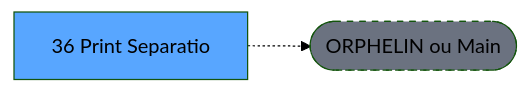
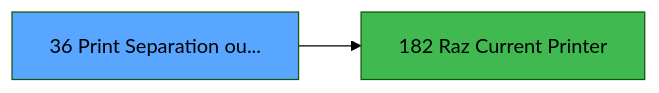
The third of 3 diagrams in .openspec/specs/ADH-IDE-36.md (thonyAGP/magic-migration), drawn with Mermaid (forest theme) before and after one commit. The commit also changed other lines of this file and 253 other files, not shown here.

````diff
--- a/.openspec/specs/ADH-IDE-36.md
+++ b/.openspec/specs/ADH-IDE-36.md
@@ -120,8 +673,8 @@
 ```mermaid
 graph LR
-    T[36 Print Separatio]
-    ORPHAN([ORPHELIN ou Main])
-    T -.-> ORPHAN
-    style T fill:#58a6ff,color:#000
-    style ORPHAN fill:#6b7280,stroke-dasharray: 5 5
+    T36[36 Print Separation ou...]
+    style T36 fill:#58a6ff
+    C182[182 Raz Current Printer]
+    T36 --> C182
+    style C182 fill:#3fb950
 ```
````
